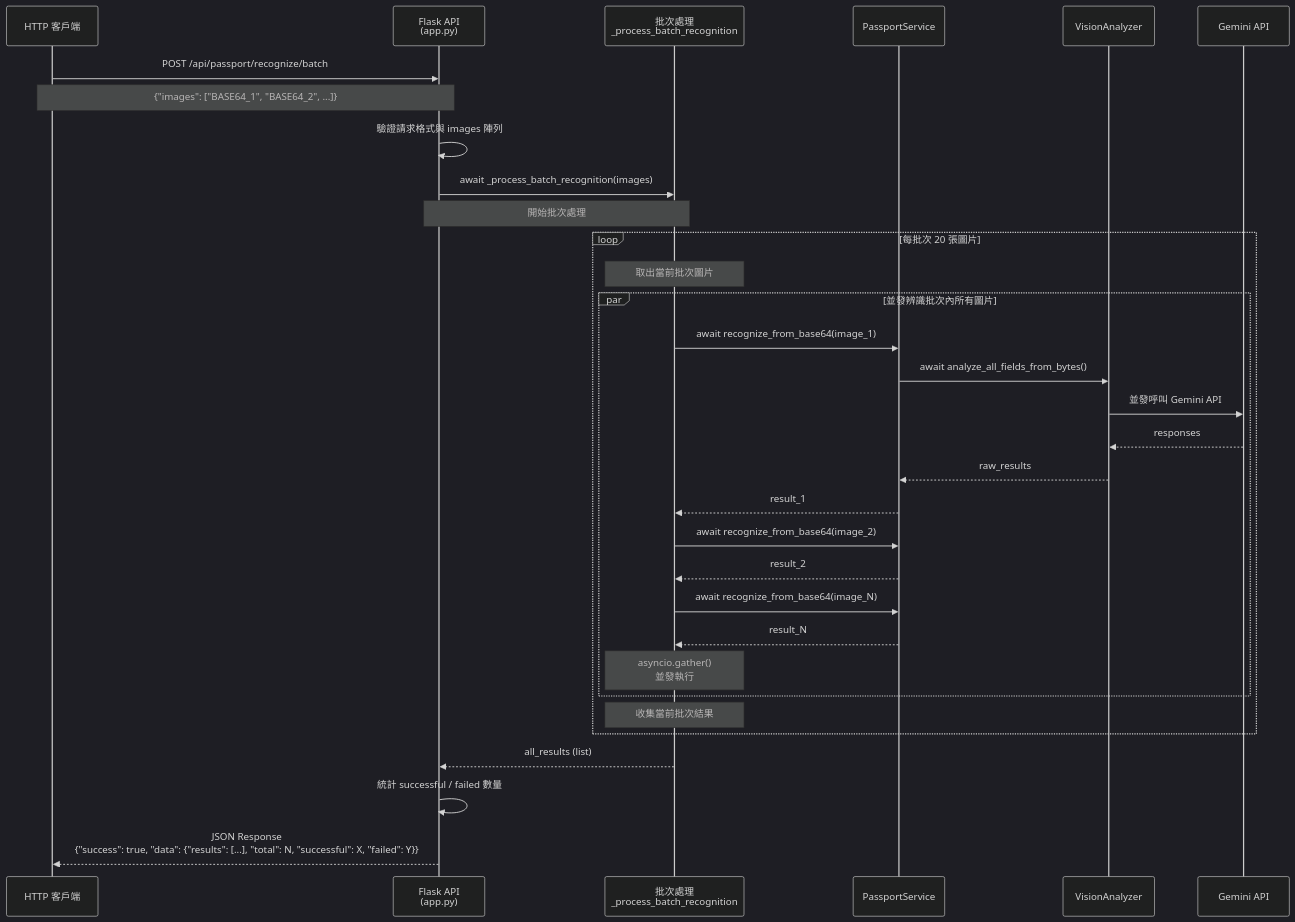
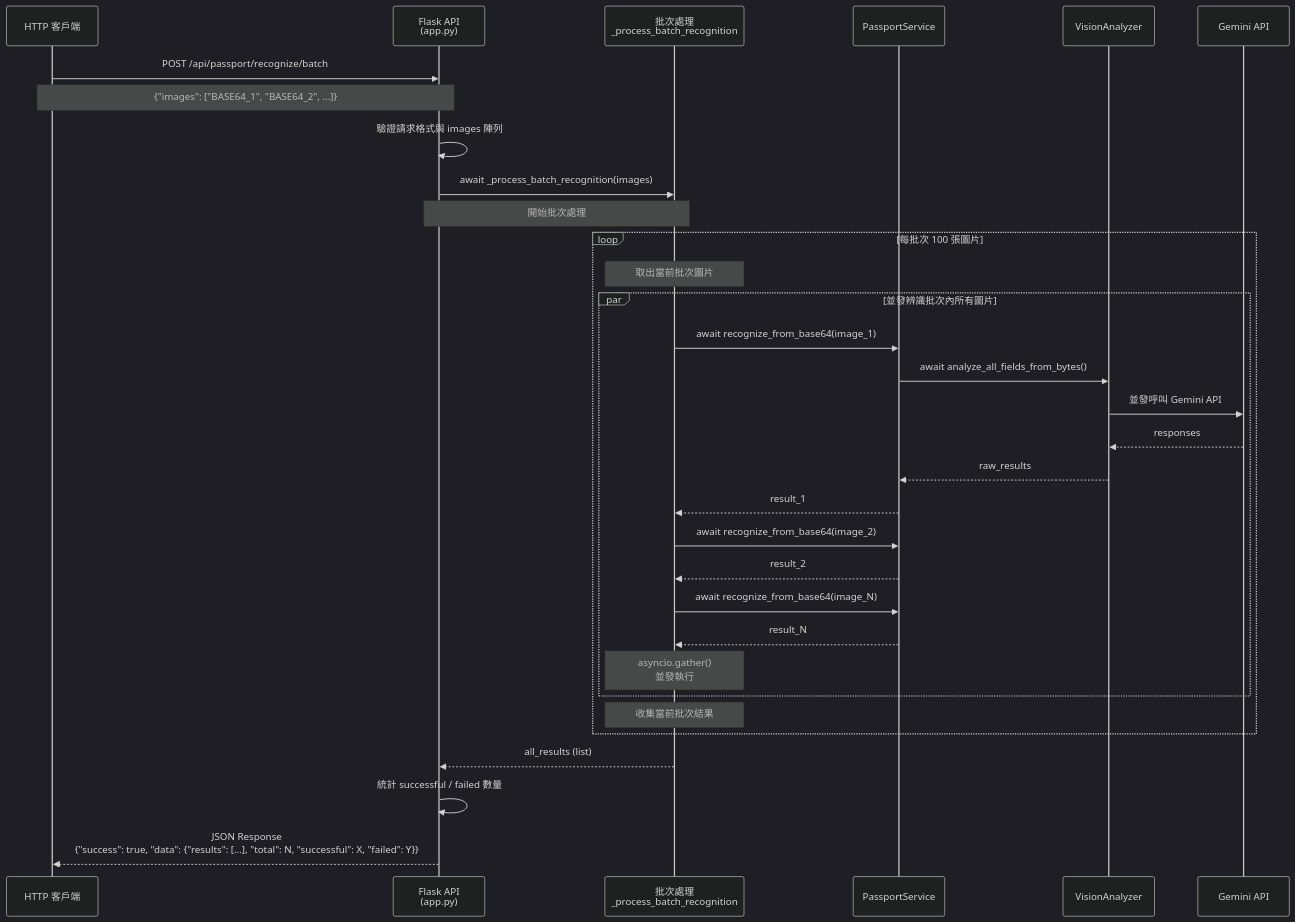
One commit to wu02067602/Passport-image-recognition changed the second of 4 diagrams in 序列圖.md. Above: the diagram before and after it, drawn with Mermaid (dark theme). The commit also changed 4 other files, not shown here.

````diff
--- a/序列圖.md
+++ b/序列圖.md
@@ -52,46 +52,46 @@
 ```mermaid
 sequenceDiagram
     participant Client as HTTP 客戶端
     participant API as Flask API<br/>(app.py)
     participant Batch as 批次處理<br/>_process_batch_recognition
     participant Service as PassportService
     participant Analyzer as VisionAnalyzer
     participant GAPI as Gemini API
     
     Client->>API: POST /api/passport/recognize/batch
     Note over Client,API: {"images": ["BASE64_1", "BASE64_2", ...]}
     
     API->>API: 驗證請求格式與 images 陣列
     
     API->>Batch: await _process_batch_recognition(images)
     Note over API,Batch: 開始批次處理
     
-    loop 每批次 20 張圖片
+    loop 每批次 100 張圖片
         Note over Batch: 取出當前批次圖片
         
         par 並發辨識批次內所有圖片
             Batch->>Service: await recognize_from_base64(image_1)
             Service->>Analyzer: await analyze_all_fields_from_bytes()
             Analyzer->>GAPI: 並發呼叫 Gemini API
             GAPI-->>Analyzer: responses
             Analyzer-->>Service: raw_results
             Service-->>Batch: result_1
             
             Batch->>Service: await recognize_from_base64(image_2)
             Service-->>Batch: result_2
             
             Batch->>Service: await recognize_from_base64(image_N)
             Service-->>Batch: result_N
             
             Note over Batch: asyncio.gather()<br/>並發執行
         end
         
         Note over Batch: 收集當前批次結果
     end
     
     Batch-->>API: all_results (list)
     
     API->>API: 統計 successful / failed 數量
     
     API-->>Client: JSON Response<br/>{"success": true, "data": {"results": [...], "total": N, "successful": X, "failed": Y}}
 ```
````
